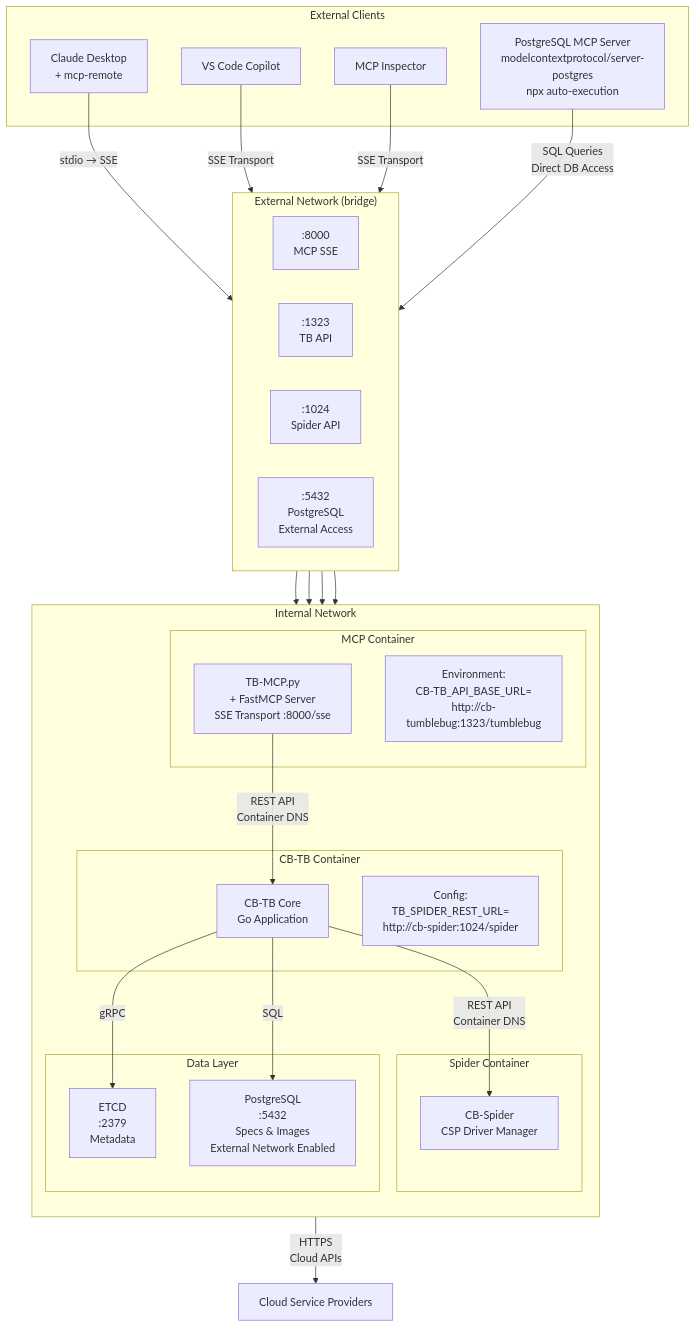
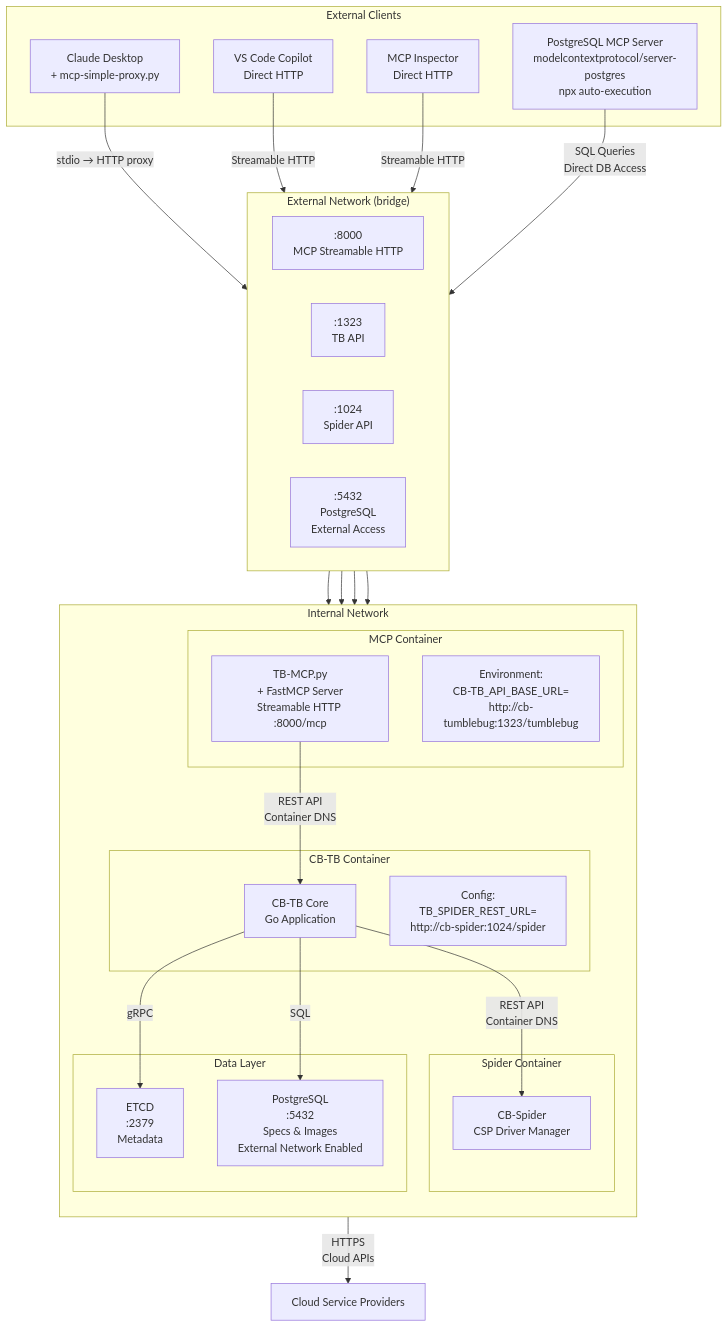
Before and after one commit to cloud-barista/cb-tumblebug: the fifth of 7 diagrams in src/interface/mcp/architecture.md, drawn with Mermaid. The commit also changed other lines of this file and 7 other files, not shown here.

Commit message:
Change MCP transport from SSE to HTTP

````diff
--- a/src/interface/mcp/architecture.md
+++ b/src/interface/mcp/architecture.md
@@ -178,61 +174,61 @@
 ```mermaid
 graph TB
     subgraph "External Network (bridge)"
         direction LR
-        ExtPort8000[":8000<br/>MCP SSE"]
+        ExtPort8000[":8000<br/>MCP Streamable HTTP"]
         ExtPort1323[":1323<br/>TB API"]
         ExtPort1024[":1024<br/>Spider API"]
         ExtPort5432[":5432<br/>PostgreSQL<br/>External Access"]
     end
     
     subgraph "Internal Network"
         direction TB
         
         subgraph "MCP Container"
-            MCPApp[TB-MCP.py<br/>+ FastMCP Server<br/>SSE Transport :8000/sse]
+            MCPApp[TB-MCP.py<br/>+ FastMCP Server<br/>Streamable HTTP :8000/mcp]
             MCPEnv[Environment:<br/>CB-TB_API_BASE_URL=<br/>http://cb-tumblebug:1323/tumblebug]
         end
         
         subgraph "CB-TB Container"
             TBApp[CB-TB Core<br/>Go Application]
             TBConfig[Config:<br/>TB_SPIDER_REST_URL=<br/>http://cb-spider:1024/spider]
         end
         
         subgraph "Spider Container"
             SpiderApp[CB-Spider<br/>CSP Driver Manager]
         end
         
         subgraph "Data Layer"
             ETCDData[ETCD<br/>:2379<br/>Metadata]
             PostgresData[PostgreSQL<br/>:5432<br/>Specs & Images<br/>External Network Enabled]
         end
     end
     
     subgraph "External Clients"
-        Client1[Claude Desktop<br/>+ mcp-remote]
-        Client2[VS Code Copilot]
-        Client3[MCP Inspector]
+        Client1[Claude Desktop<br/>+ mcp-simple-proxy.py]
+        Client2[VS Code Copilot<br/>Direct HTTP]
+        Client3[MCP Inspector<br/>Direct HTTP]
         Client4[PostgreSQL MCP Server<br/>modelcontextprotocol/server-postgres<br/>npx auto-execution]
     end
     
     %% External connections
-    Client1 -->|stdio → SSE| ExtPort8000
-    Client2 -->|SSE Transport| ExtPort8000
-    Client3 -->|SSE Transport| ExtPort8000
+    Client1 -->|stdio → HTTP proxy| ExtPort8000
+    Client2 -->|Streamable HTTP| ExtPort8000
+    Client3 -->|Streamable HTTP| ExtPort8000
     Client4 -->|SQL Queries<br/>Direct DB Access| ExtPort5432
     
     %% Port mapping
     ExtPort8000 --> MCPApp
     ExtPort1323 --> TBApp
     ExtPort1024 --> SpiderApp
     ExtPort5432 --> PostgresData
     
     %% Internal container communication
     MCPApp -->|REST API<br/>Container DNS| TBApp
     TBApp -->|REST API<br/>Container DNS| SpiderApp
     TBApp -->|gRPC| ETCDData
     TBApp -->|SQL| PostgresData
     
     %% External cloud access
     SpiderApp -->|HTTPS<br/>Cloud APIs| CloudProviders[Cloud Service Providers]
 ```
````
